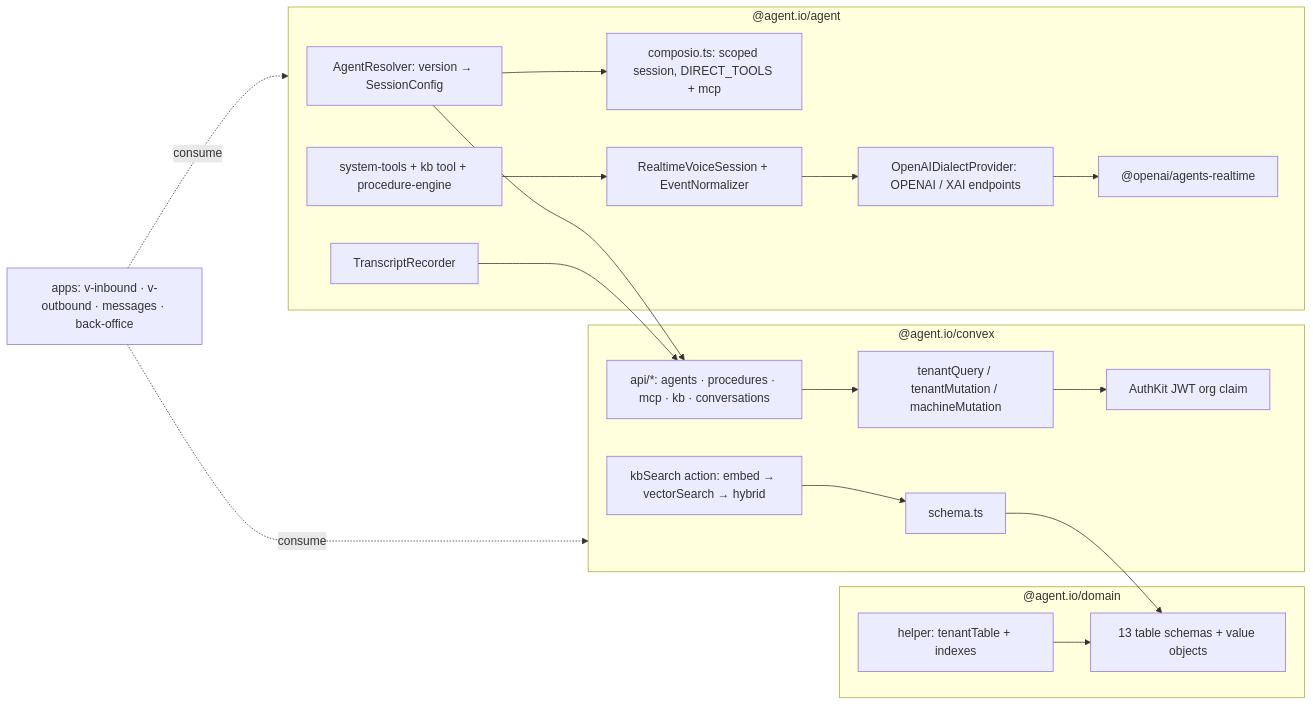
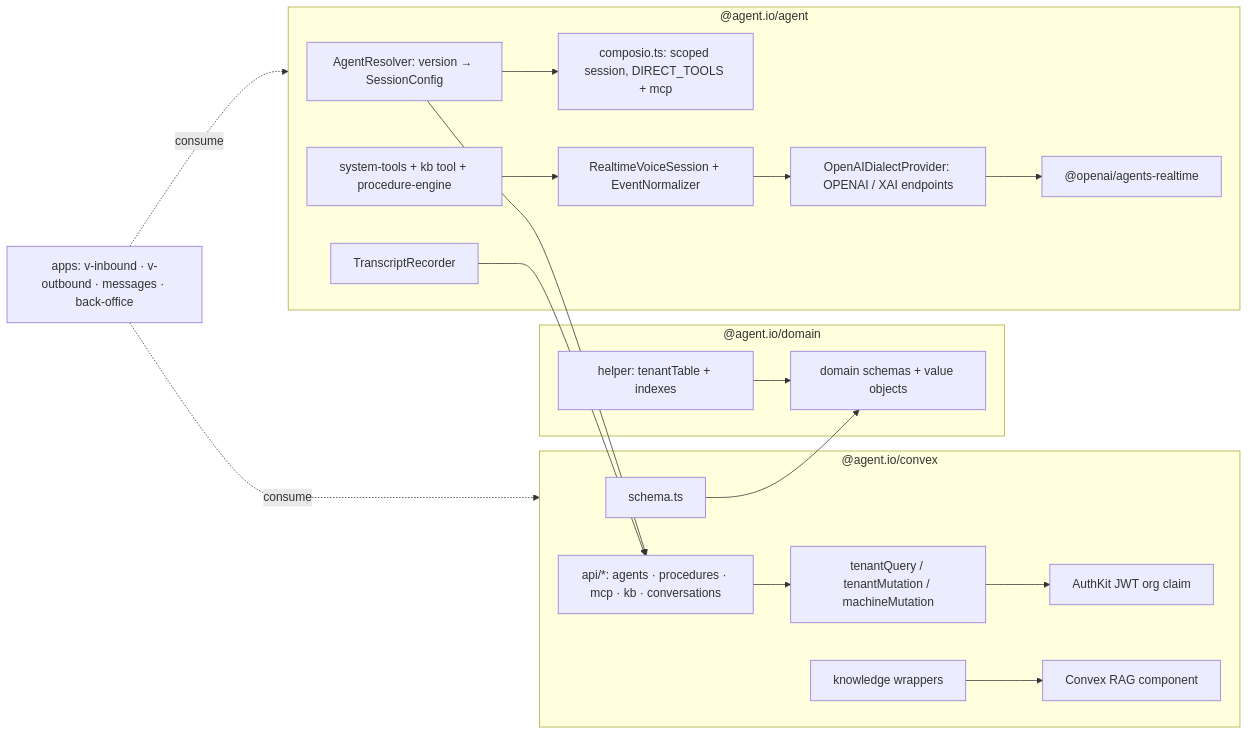
Before and after one commit to ImRLopezAI/agent.io: the first of 3 diagrams in docs/plans/2026-07-05-001-feat-domain-layer-integration-plan.md, drawn with Mermaid. The commit also changed other lines of this file and 11 other files, not shown here.

First line of the commit message:
docs(architecture): define backend deployment and routing model

````diff
--- a/docs/plans/2026-07-05-001-feat-domain-layer-integration-plan.md
+++ b/docs/plans/2026-07-05-001-feat-domain-layer-integration-plan.md
@@ -375,22 +382,22 @@
 ```mermaid
 flowchart LR
     subgraph domain["@agent.io/domain"]
-        H[helper: tenantTable + indexes] --> T[13 table schemas + value objects]
+        H[helper: tenantTable + indexes] --> T[domain schemas + value objects]
     end
     subgraph convex["@agent.io/convex"]
         S[schema.ts] --> T
         B[tenantQuery / tenantMutation / machineMutation] --> AK[AuthKit JWT org claim]
         API[api/*: agents · procedures · mcp · kb · conversations] --> B
-        KBA[kbSearch action: embed → vectorSearch → hybrid] --> S
+        KBA[knowledge wrappers] --> RAG[Convex RAG component]
     end
     subgraph agent["@agent.io/agent"]
         R["AgentResolver: version → SessionConfig"] --> API
         R --> CS["composio.ts: scoped session, DIRECT_TOOLS + mcp"]
         P["OpenAIDialectProvider: OPENAI / XAI endpoints"] --> SDK["@openai/agents-realtime"]
         V["RealtimeVoiceSession + EventNormalizer"] --> P
         ST["system-tools + kb tool + procedure-engine"] --> V
         TR["TranscriptRecorder"] --> API
     end
     apps[apps: v-inbound · v-outbound · messages · back-office] -.consume.-> agent
     apps -.consume.-> convex
 ```
````
